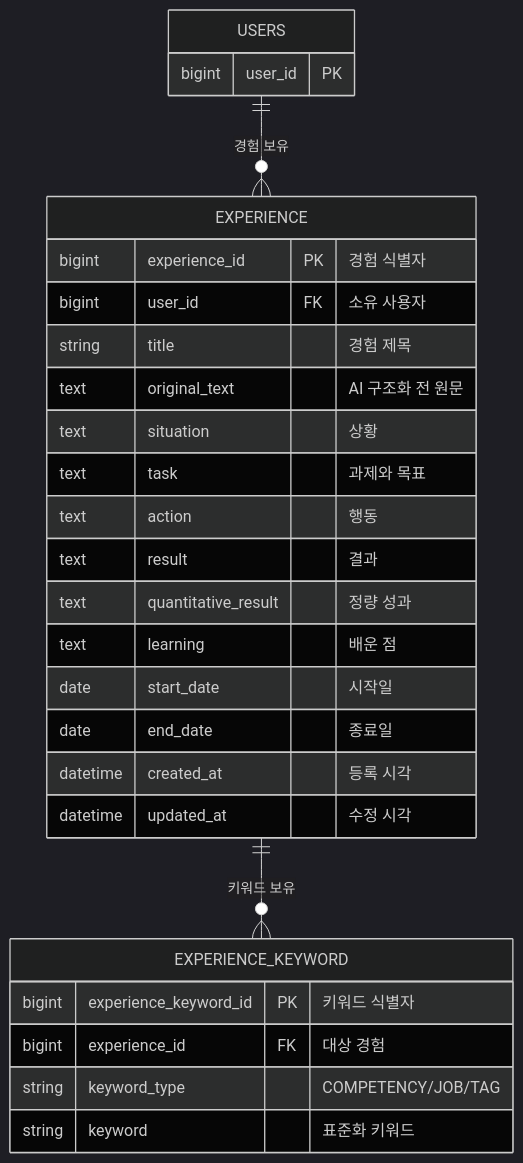
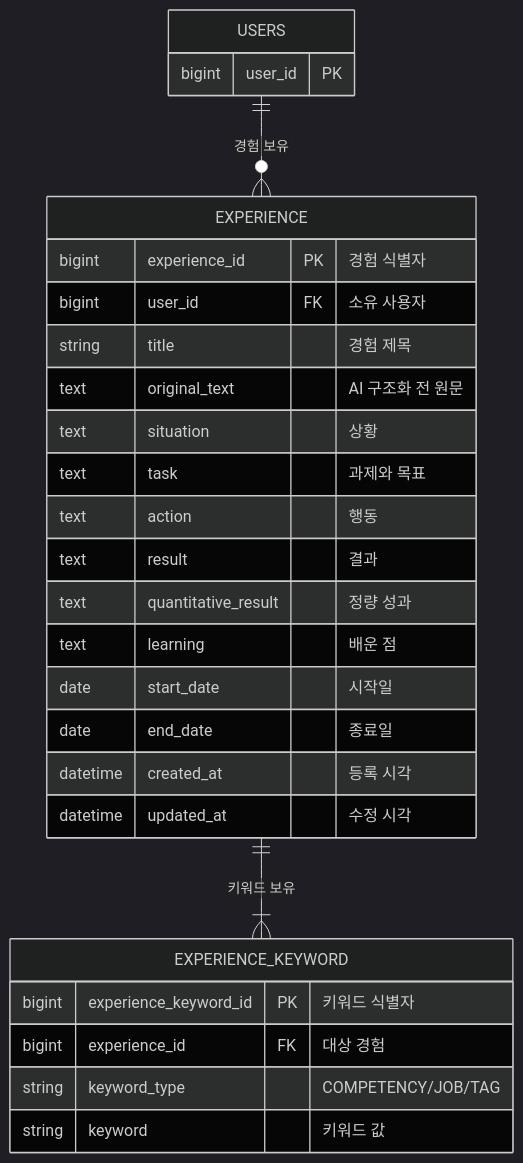
Before and after one commit to skala-gj-6/resume-recommendation: the diagram in docs/db/02_experience.md, drawn with Mermaid (dark theme). The commit also changed other lines of this file and 4 other files, not shown here.

Commit message:
docs: 현재 구현 기준으로 ERD 문서 최신화 (#23)

````diff
--- a/docs/db/02_experience.md
+++ b/docs/db/02_experience.md
@@ -13,33 +14,33 @@
 ```mermaid
 erDiagram
     USERS ||--o{ EXPERIENCE : "경험 보유"
-    EXPERIENCE ||--o{ EXPERIENCE_KEYWORD : "키워드 보유"
+    EXPERIENCE ||--|{ EXPERIENCE_KEYWORD : "키워드 보유"
 
     USERS {
         bigint user_id PK
     }
 
     EXPERIENCE {
         bigint experience_id PK "경험 식별자"
         bigint user_id FK "소유 사용자"
         string title "경험 제목"
         text original_text "AI 구조화 전 원문"
         text situation "상황"
         text task "과제와 목표"
         text action "행동"
         text result "결과"
         text quantitative_result "정량 성과"
         text learning "배운 점"
         date start_date "시작일"
         date end_date "종료일"
         datetime created_at "등록 시각"
         datetime updated_at "수정 시각"
     }
 
     EXPERIENCE_KEYWORD {
         bigint experience_keyword_id PK "키워드 식별자"
         bigint experience_id FK "대상 경험"
         string keyword_type "COMPETENCY/JOB/TAG"
-        string keyword "표준화 키워드"
+        string keyword "키워드 값"
     }
 ```
````
